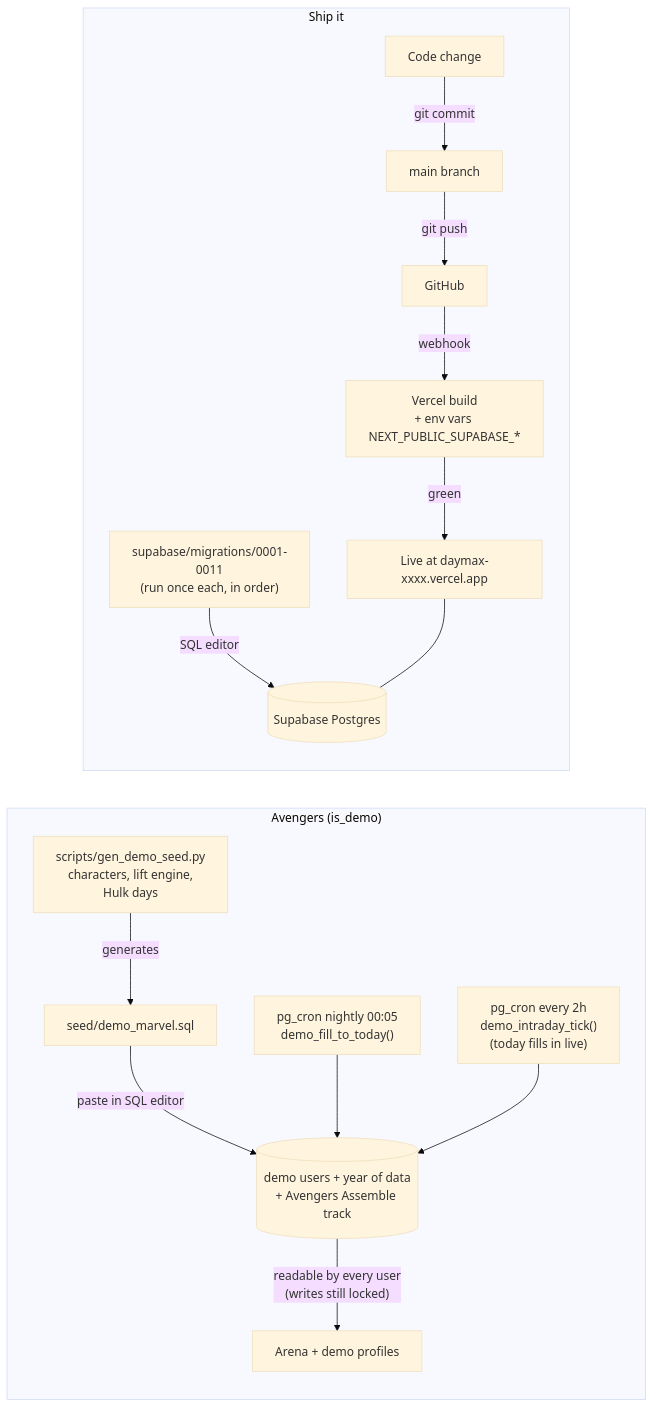
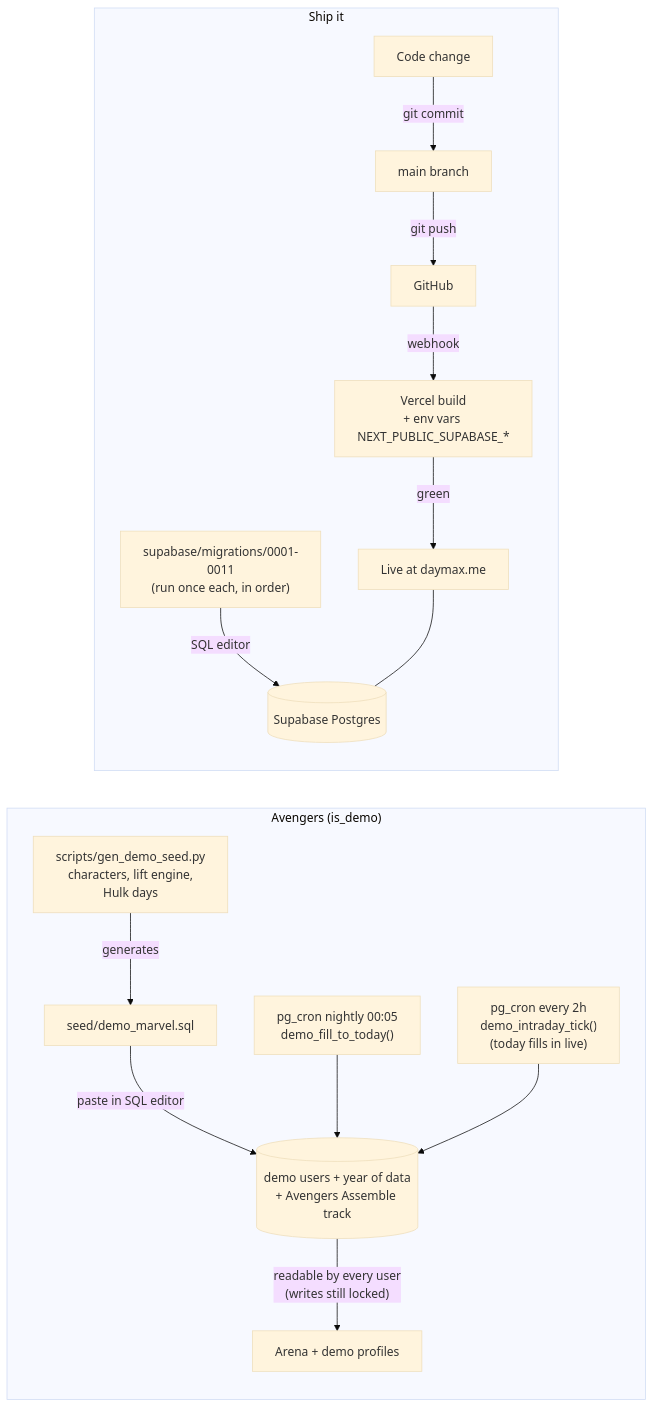
Before and after one commit to johnpaul-ong/DayMax: the sixth of 6 diagrams in docs/SYSTEM_MAP.md, drawn with Mermaid (base theme). The commit also changed other lines of this file and 3 other files, not shown here.

````diff
--- a/docs/SYSTEM_MAP.md
+++ b/docs/SYSTEM_MAP.md
@@ -154,18 +154,18 @@
 ```mermaid
 flowchart LR
   subgraph demo["Avengers (is_demo)"]
     gen["scripts/gen_demo_seed.py<br/>characters, lift engine,<br/>Hulk days"] -->|generates| seed["seed/demo_marvel.sql"]
     seed -->|"paste in SQL editor"| ddata[("demo users + year of data<br/>+ Avengers Assemble track")]
     tick1["pg_cron nightly 00:05<br/>demo_fill_to_today()"] --> ddata
     tick2["pg_cron every 2h<br/>demo_intraday_tick()<br/>(today fills in live)"] --> ddata
     ddata -->|"readable by every user<br/>(writes still locked)"| arena2["Arena + demo profiles"]
   end
   subgraph deploy["Ship it"]
     code["Code change"] -->|git commit| main["main branch"]
     main -->|git push| gh["GitHub"]
     gh -->|webhook| vb["Vercel build<br/>+ env vars NEXT_PUBLIC_SUPABASE_*"]
-    vb -->|green| live["Live at daymax-xxxx.vercel.app"]
+    vb -->|green| live["Live at daymax.me"]
     mig["supabase/migrations/0001-0011<br/>(run once each, in order)"] -->|SQL editor| sdb[("Supabase Postgres")]
     live --- sdb
   end
 ```
````
